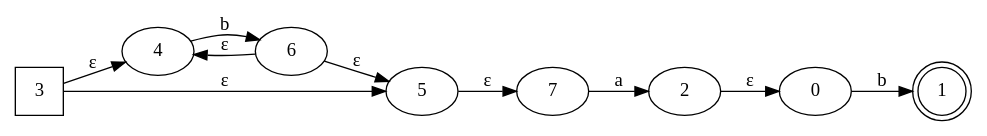
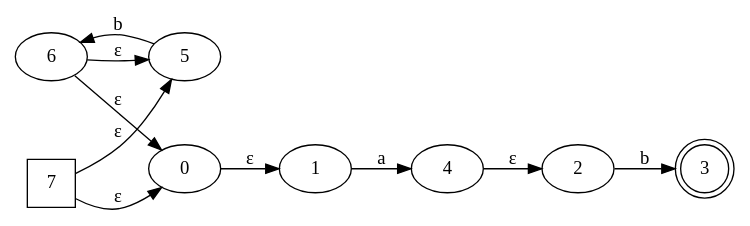
The diagram in graphs/afn/b*.a.b.dot (jav-ram/compis1), drawn with Graphviz before and after one commit. The commit also changed 34 other files, not shown here.

```diff
--- a/graphs/afn/b*.a.b.dot
+++ b/graphs/afn/b*.a.b.dot
@@ -1,21 +1,21 @@
 digraph G {
 	rankdir=LR;
-	0->1[ label=b ];
-	2->0[ label=ɛ ];
-	3->4[ label=ɛ ];
-	3->5[ label=ɛ ];
+	0->1[ label=ɛ ];
+	2->3[ label=b ];
+	4->2[ label=ɛ ];
+	5->6[ label=b ];
+	7->5[ label=ɛ ];
+	7->0[ label=ɛ ];
+	6->0[ label=ɛ ];
 	6->5[ label=ɛ ];
-	6->4[ label=ɛ ];
-	7->2[ label=a ];
-	5->7[ label=ɛ ];
-	4->6[ label=b ];
+	1->4[ label=a ];
 	0;
-	1 [ shape=doublecircle ];
+	1;
 	2;
-	3 [ shape=square ];
+	3 [ shape=doublecircle ];
 	4;
 	5;
 	6;
-	7;
+	7 [ shape=square ];
 
 }
```
